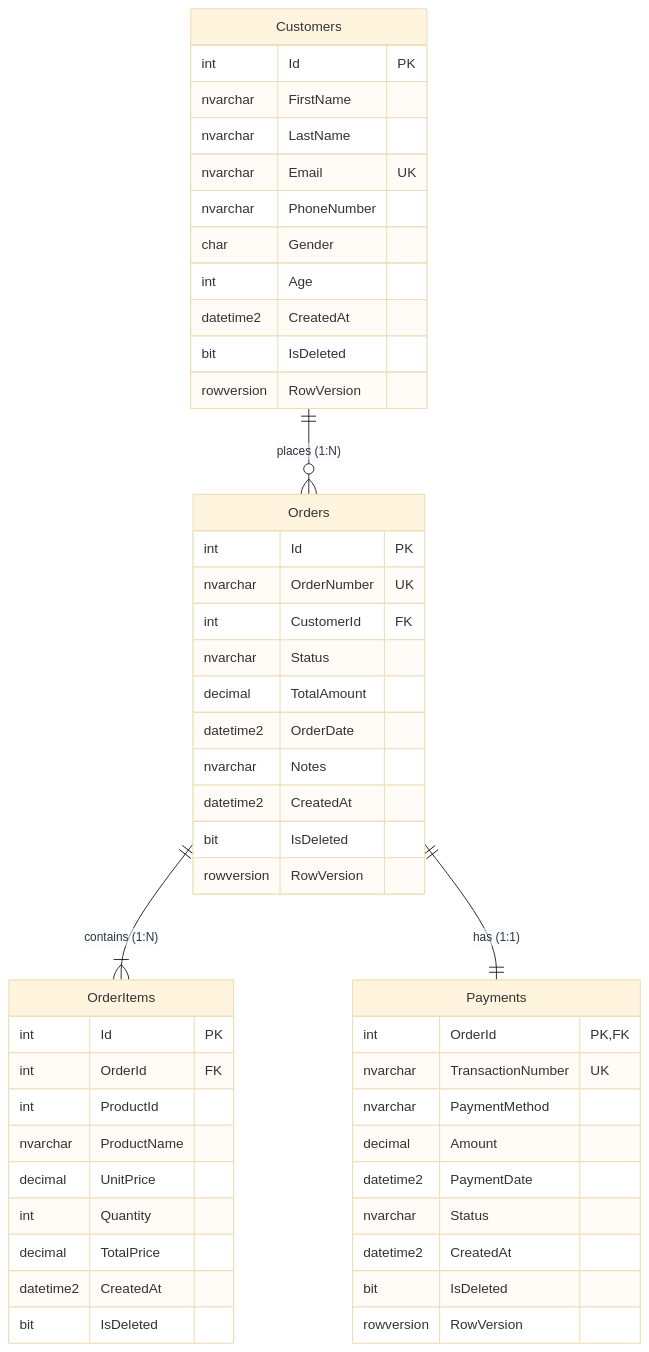
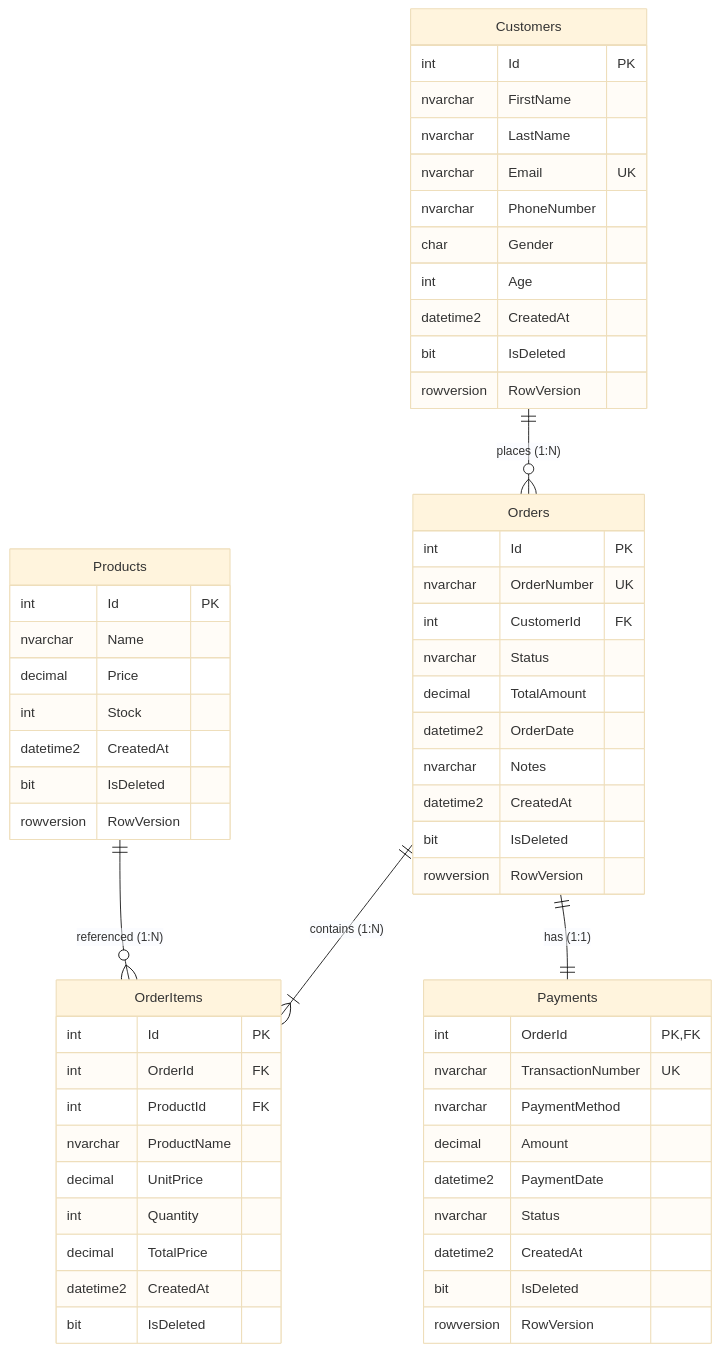
The first of 2 diagrams in README.md (kazikSUPER/dotnet-web-engineering), drawn with Mermaid (base theme) before and after one commit. The commit also changed other lines of this file and 7 other files, not shown here.

Commit message:
fix(db): add local Products table with second FK, ProductDetails 1:1 relation, and idempotent Mongo upsert

````diff
--- a/README.md
+++ b/README.md
@@ -35,56 +42,67 @@
 ```mermaid
 erDiagram
     Customers ||--o{ Orders : "places (1:N)"
     Orders ||--|{ OrderItems : "contains (1:N)"
+    Products ||--o{ OrderItems : "referenced (1:N)"
     Orders ||--|| Payments : "has (1:1)"
 
     Customers {
         int Id PK
         nvarchar FirstName
         nvarchar LastName
         nvarchar Email UK
         nvarchar PhoneNumber
         char Gender
         int Age
+        datetime2 CreatedAt
+        bit IsDeleted
+        rowversion RowVersion
+    }
+
+    Products {
+        int Id PK
+        nvarchar Name
+        decimal Price
+        int Stock
         datetime2 CreatedAt
         bit IsDeleted
         rowversion RowVersion
     }
 
     Orders {
         int Id PK
         nvarchar OrderNumber UK
         int CustomerId FK
         nvarchar Status
         decimal TotalAmount
         datetime2 OrderDate
         nvarchar Notes
         datetime2 CreatedAt
         bit IsDeleted
         rowversion RowVersion
     }
 
     OrderItems {
         int Id PK
         int OrderId FK
-        int ProductId
+        int ProductId FK
         nvarchar ProductName
         decimal UnitPrice
         int Quantity
         decimal TotalPrice
         datetime2 CreatedAt
         bit IsDeleted
     }
 
     Payments {
         int OrderId PK, FK
         nvarchar TransactionNumber UK
         nvarchar PaymentMethod
         decimal Amount
         datetime2 PaymentDate
         nvarchar Status
         datetime2 CreatedAt
         bit IsDeleted
         rowversion RowVersion
     }
 ```
````
